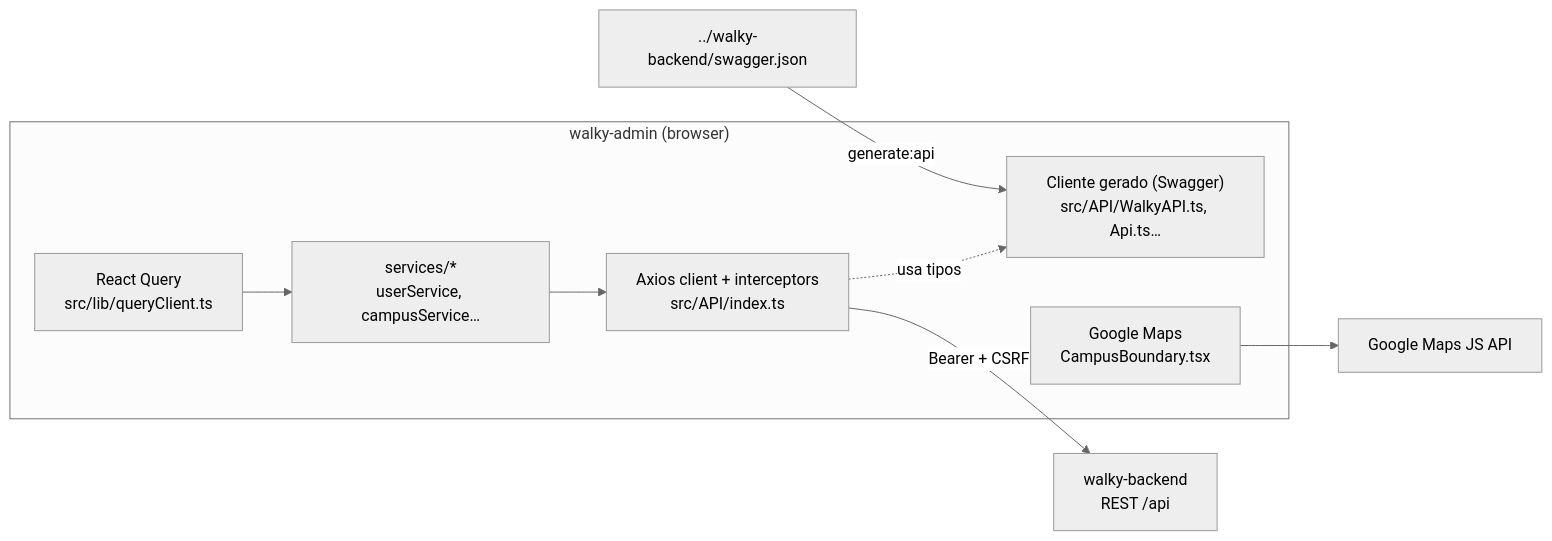
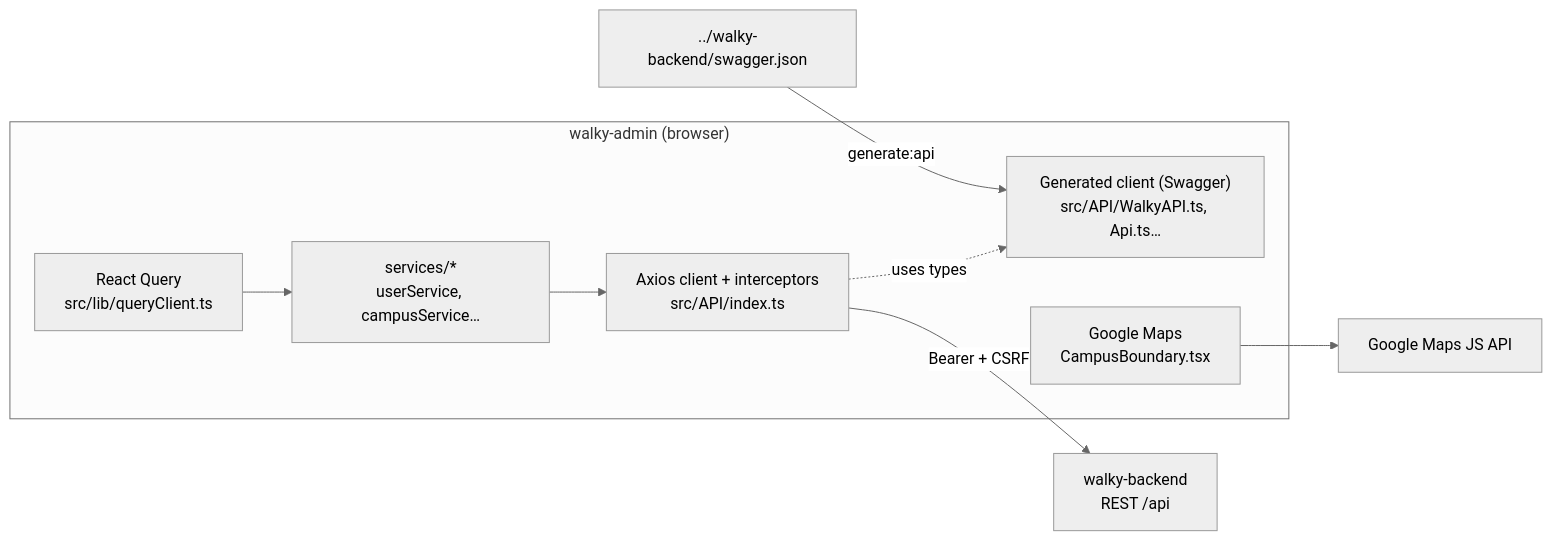
One commit to Walky-App/walky-admin changed the first of 2 diagrams in docs/integrations.md. Above: the diagram before and after it, drawn with Mermaid (neutral theme). The commit also changed other lines of this file and 12 other files, not shown here.

````diff
--- a/docs/integrations.md
+++ b/docs/integrations.md
@@ -43,19 +43,19 @@
 ```mermaid
 flowchart LR
   subgraph admin["walky-admin (browser)"]
     RQ["React Query<br/>src/lib/queryClient.ts"]
     SVC["services/*<br/>userService, campusService…"]
     AX["Axios client + interceptors<br/>src/API/index.ts"]
-    GEN["Cliente gerado (Swagger)<br/>src/API/WalkyAPI.ts, Api.ts…"]
+    GEN["Generated client (Swagger)<br/>src/API/WalkyAPI.ts, Api.ts…"]
     GM["Google Maps<br/>CampusBoundary.tsx"]
   end
   BE["walky-backend<br/>REST /api"]
   SW["../walky-backend/swagger.json"]
   GAPI["Google Maps JS API"]
 
   RQ --> SVC --> AX
-  AX -.usa tipos.-> GEN
+  AX -.uses types.-> GEN
   AX -->|Bearer + CSRF| BE
   SW -->|generate:api| GEN
   GM --> GAPI
 ```
````
